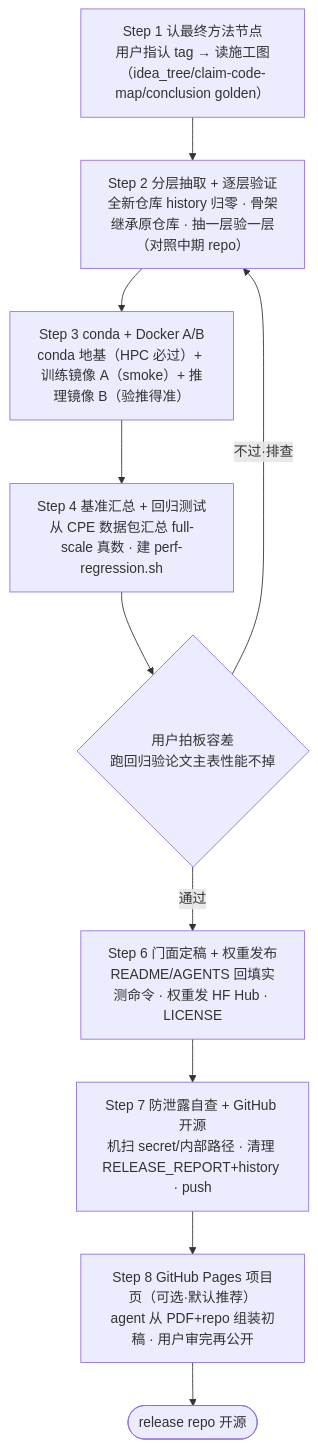
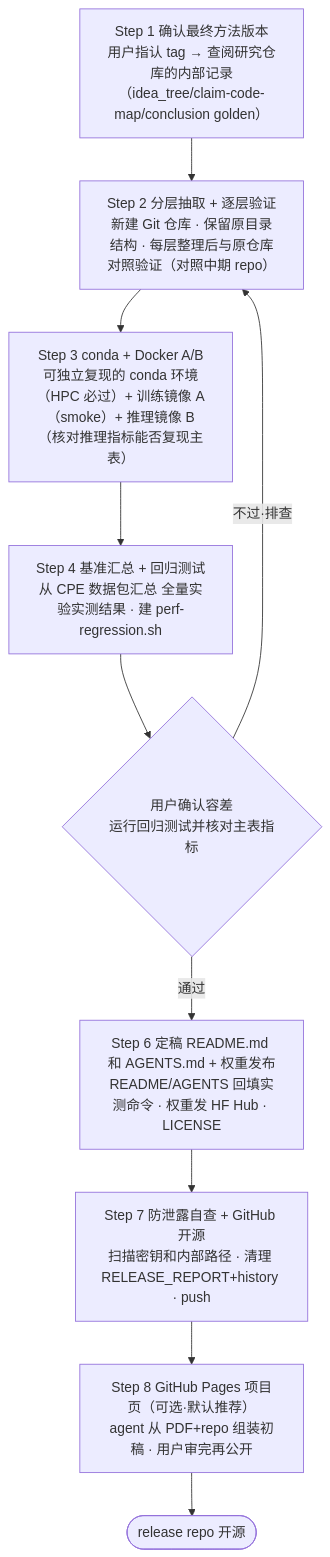
The second of 2 diagrams in plugins/dl-assistant/skills/code-paper-release/SKILL.md (jackwang0108/dl-assistant), drawn with Mermaid before and after one commit. The commit also changed other lines of this file and 143 other files, not shown here.

````diff
--- a/plugins/dl-assistant/skills/code-paper-release/SKILL.md
+++ b/plugins/dl-assistant/skills/code-paper-release/SKILL.md
@@ -129,13 +123,13 @@
 ```mermaid
 flowchart TD
-    S1["Step 1 认最终方法节点<br/>用户指认 tag → 读施工图（idea_tree/claim-code-map/conclusion golden）"]
-    S1 --> S2["Step 2 分层抽取 + 逐层验证<br/>全新仓库 history 归零 · 骨架继承原仓库 · 抽一层验一层（对照中期 repo）"]
-    S2 --> S3["Step 3 conda + Docker A/B<br/>conda 地基（HPC 必过）+ 训练镜像 A（smoke）+ 推理镜像 B（验推得准）"]
-    S3 --> S4["Step 4 基准汇总 + 回归测试<br/>从 CPE 数据包汇总 full-scale 真数 · 建 perf-regression.sh"]
-    S4 --> L{"用户拍板容差<br/>跑回归验论文主表性能不掉"}
+    S1["Step 1 确认最终方法版本<br/>用户指认 tag → 查阅研究仓库的内部记录（idea_tree/claim-code-map/conclusion golden）"]
+    S1 --> S2["Step 2 分层抽取 + 逐层验证<br/>新建 Git 仓库 · 保留原目录结构 · 每层整理后与原仓库对照验证（对照中期 repo）"]
+    S2 --> S3["Step 3 conda + Docker A/B<br/>可独立复现的 conda 环境（HPC 必过）+ 训练镜像 A（smoke）+ 推理镜像 B（核对推理指标能否复现主表）"]
+    S3 --> S4["Step 4 基准汇总 + 回归测试<br/>从 CPE 数据包汇总 全量实验实测结果 · 建 perf-regression.sh"]
+    S4 --> L{"用户确认容差<br/>运行回归测试并核对主表指标"}
     L -->|不过·排查| S2
-    L -->|通过| S6["Step 6 门面定稿 + 权重发布<br/>README/AGENTS 回填实测命令 · 权重发 HF Hub · LICENSE"]
-    S6 --> S7["Step 7 防泄露自查 + GitHub 开源<br/>机扫 secret/内部路径 · 清理 RELEASE_REPORT+history · push"]
+    L -->|通过| S6["Step 6 定稿 README.md 和 AGENTS.md + 权重发布<br/>README/AGENTS 回填实测命令 · 权重发 HF Hub · LICENSE"]
+    S6 --> S7["Step 7 防泄露自查 + GitHub 开源<br/>扫描密钥和内部路径 · 清理 RELEASE_REPORT+history · push"]
     S7 --> S8["Step 8 GitHub Pages 项目页（可选·默认推荐）<br/>agent 从 PDF+repo 组装初稿 · 用户审完再公开"]
     S8 --> END([release repo 开源])
 ```
````
